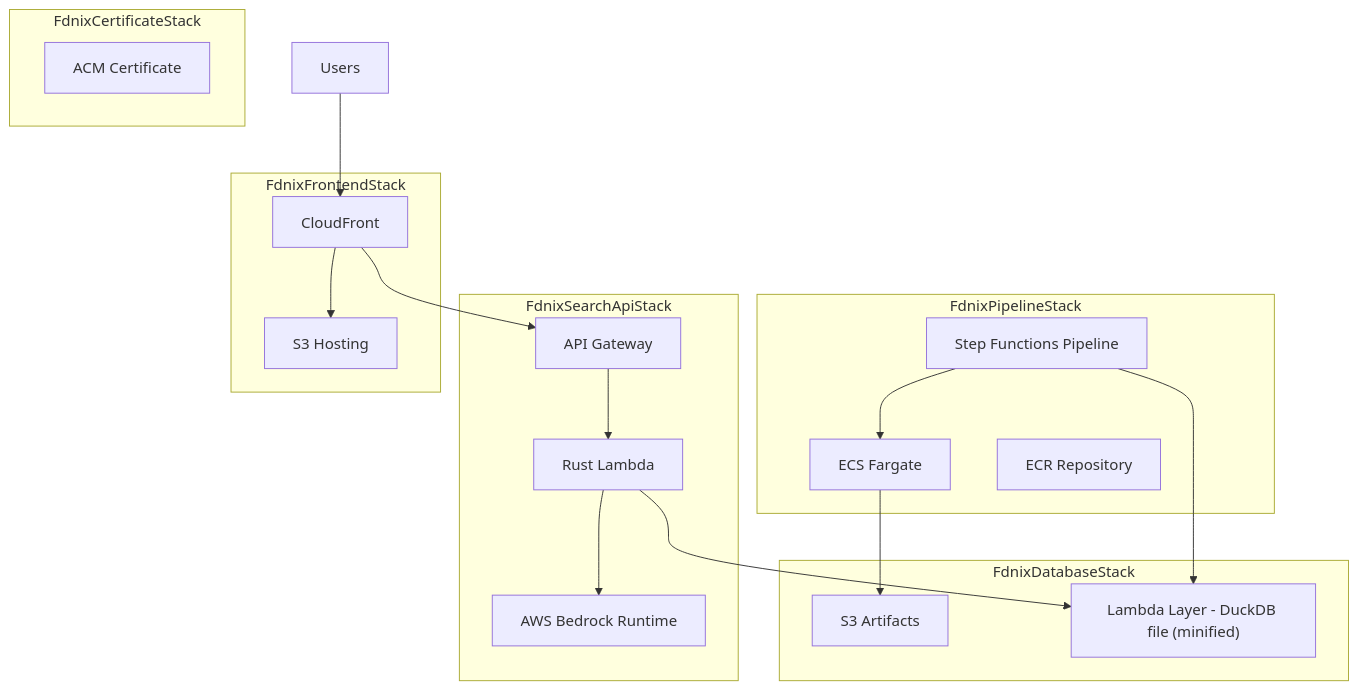
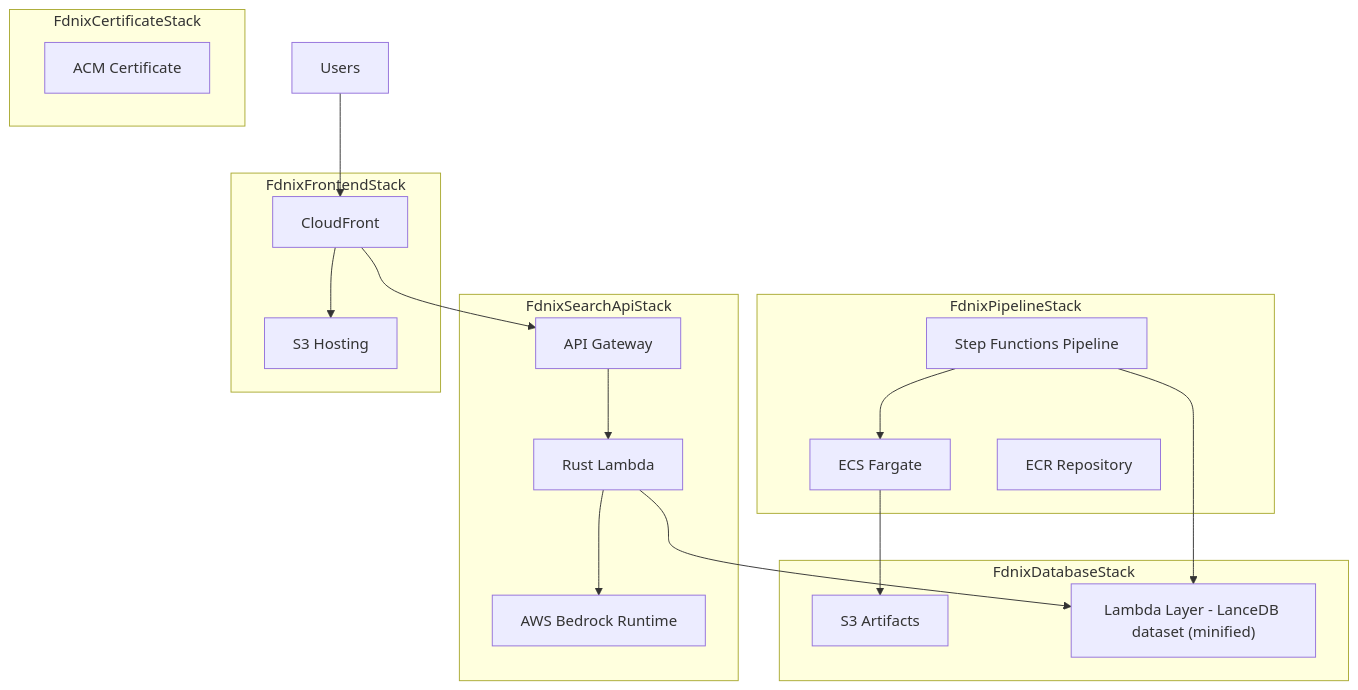
The first of 4 diagrams in packages/cdk/README.md (james-ralph8555/fdnix), drawn with Mermaid before and after one commit. The commit also changed other lines of this file and 25 other files, not shown here.

````diff
--- a/packages/cdk/README.md
+++ b/packages/cdk/README.md
@@ -17,43 +17,43 @@
 ```mermaid
 graph TD
     %% Top-level stacks
     subgraph FdnixCertificateStack
         cert["ACM Certificate"]
     end
 
     subgraph FdnixDatabaseStack
         s3_artifacts["S3 Artifacts"]
-        db_layer["Lambda Layer - DuckDB file (minified)"]
+        db_layer["Lambda Layer - LanceDB dataset (minified)"]
     end
 
     subgraph FdnixPipelineStack
         sfn["Step Functions Pipeline"]
         ecs["ECS Fargate"]
         ecr["ECR Repository"]
     end
 
     subgraph FdnixSearchApiStack
         api["API Gateway"]
         lambda["Rust Lambda"]
         bedrock["AWS Bedrock Runtime"]
     end
 
     subgraph FdnixFrontendStack
         cf["CloudFront"]
         s3_hosting["S3 Hosting"]
     end
 
     user["Users"] --> cf
     cf --> s3_hosting
     cf --> api
     api --> lambda
     lambda --> db_layer
     lambda --> bedrock
 
     sfn --> ecs
     ecs --> s3_artifacts
     sfn --> db_layer
 
     %% No CDK-managed custom domain: certificate provisioned separately
     %% (no direct connection from cert to CloudFront in CDK)
 ```
````
